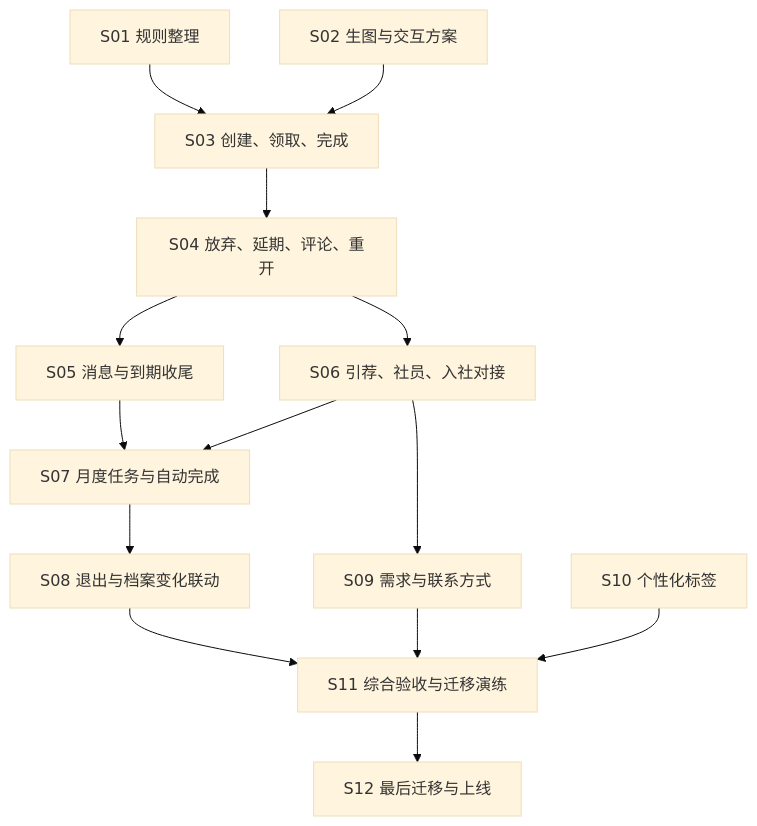
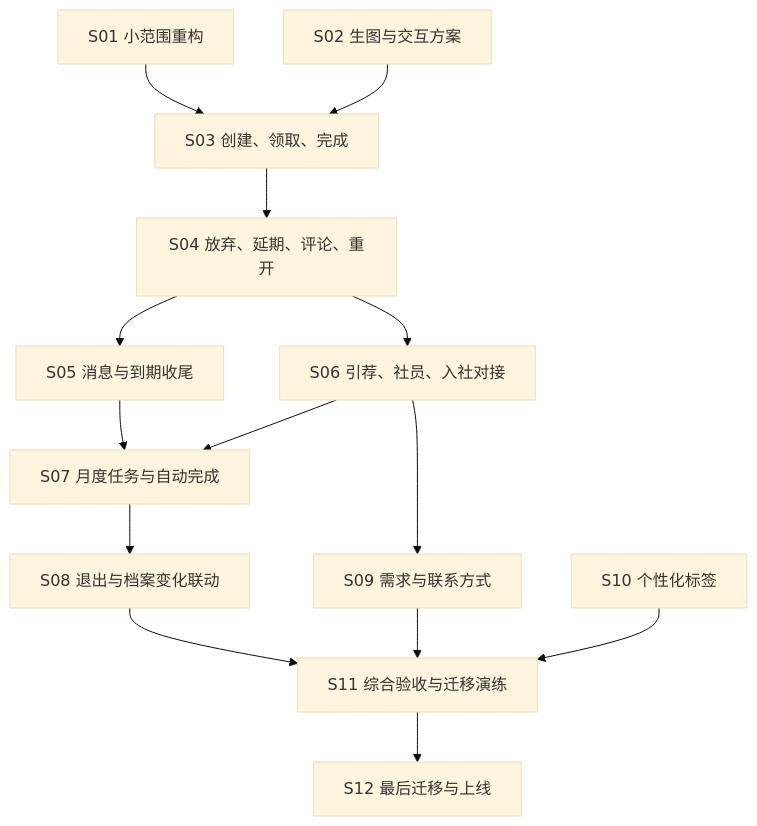
One commit to BreakfastDaPaiDang/commie-talent-scout changed the diagram in docs/releases/1.0.0/README.md. Above: the diagram before and after it, drawn with Mermaid (base theme). The commit also changed other lines of this file and 1 other file, not shown here.

````diff
--- a/docs/releases/1.0.0/README.md
+++ b/docs/releases/1.0.0/README.md
@@ -64,16 +64,16 @@
 ```mermaid
 flowchart TD
-  S01["S01 规则整理"] --> S03["S03 创建、领取、完成"]
+  S01["S01 小范围重构"] --> S03["S03 创建、领取、完成"]
   S02["S02 生图与交互方案"] --> S03
   S03 --> S04["S04 放弃、延期、评论、重开"]
   S04 --> S05["S05 消息与到期收尾"]
   S04 --> S06["S06 引荐、社员、入社对接"]
   S05 --> S07["S07 月度任务与自动完成"]
   S06 --> S07
   S07 --> S08["S08 退出与档案变化联动"]
   S06 --> S09["S09 需求与联系方式"]
   S08 --> S11["S11 综合验收与迁移演练"]
   S09 --> S11
   S10["S10 个性化标签"] --> S11
   S11 --> S12["S12 最后迁移与上线"]
 ```
````
